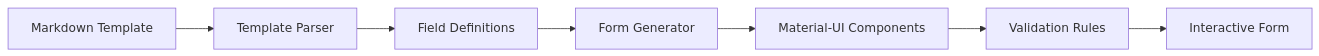
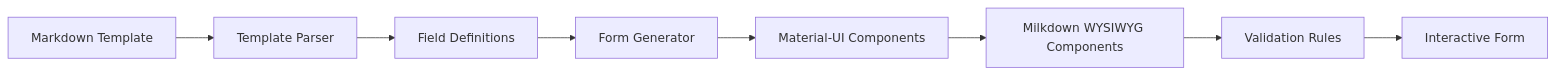
The second of 4 diagrams in .kiro/specs/eapd-next-web-application/design.md (naretakis/eapd-next), drawn with Mermaid before and after one commit. The commit also changed other lines of this file and 2 other files, not shown here.

First line of the commit message:
feat(spec): add WYSIWYG text input with Milkdown for structured content

````diff
--- a/.kiro/specs/eapd-next-web-application/design.md
+++ b/.kiro/specs/eapd-next-web-application/design.md
@@ -77,9 +77,10 @@
 ```mermaid
 graph LR
     A[Markdown Template] --> B[Template Parser]
     B --> C[Field Definitions]
     C --> D[Form Generator]
     D --> E[Material-UI Components]
-    E --> F[Validation Rules]
-    F --> G[Interactive Form]
+    E --> F[Milkdown WYSIWYG Components]
+    F --> G[Validation Rules]
+    G --> H[Interactive Form]
 ```
````
